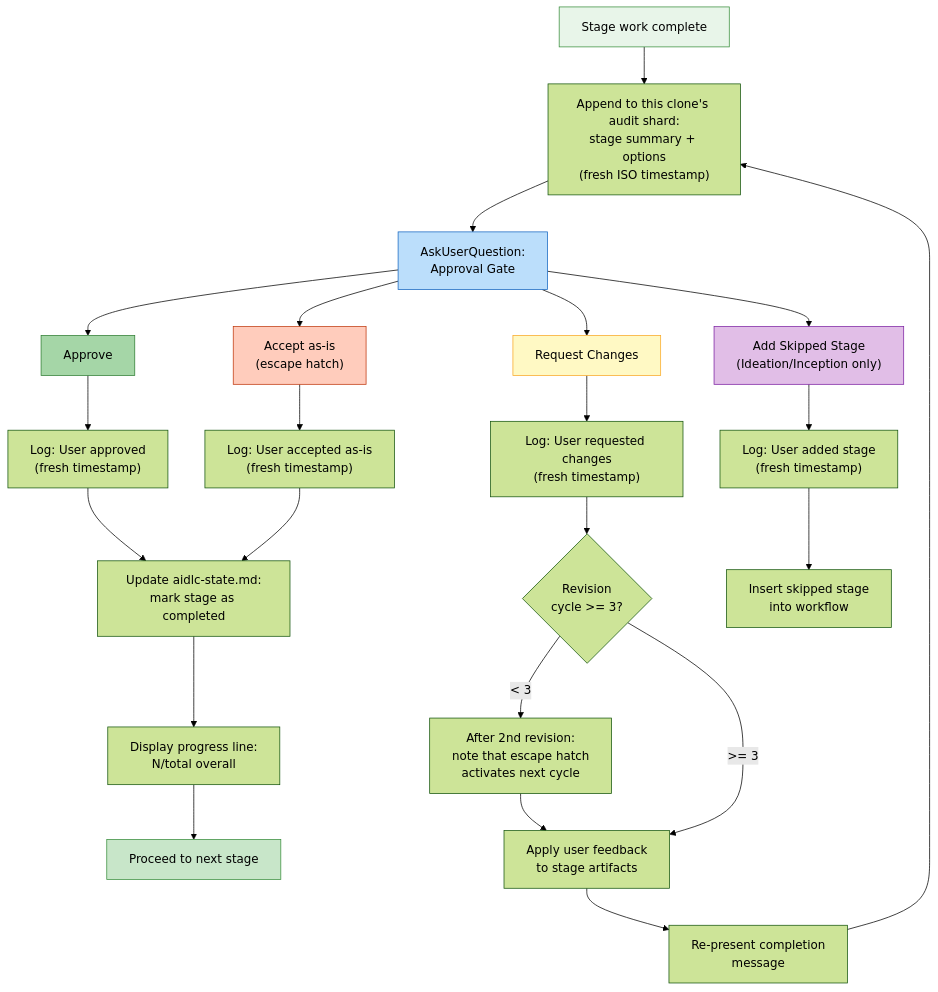
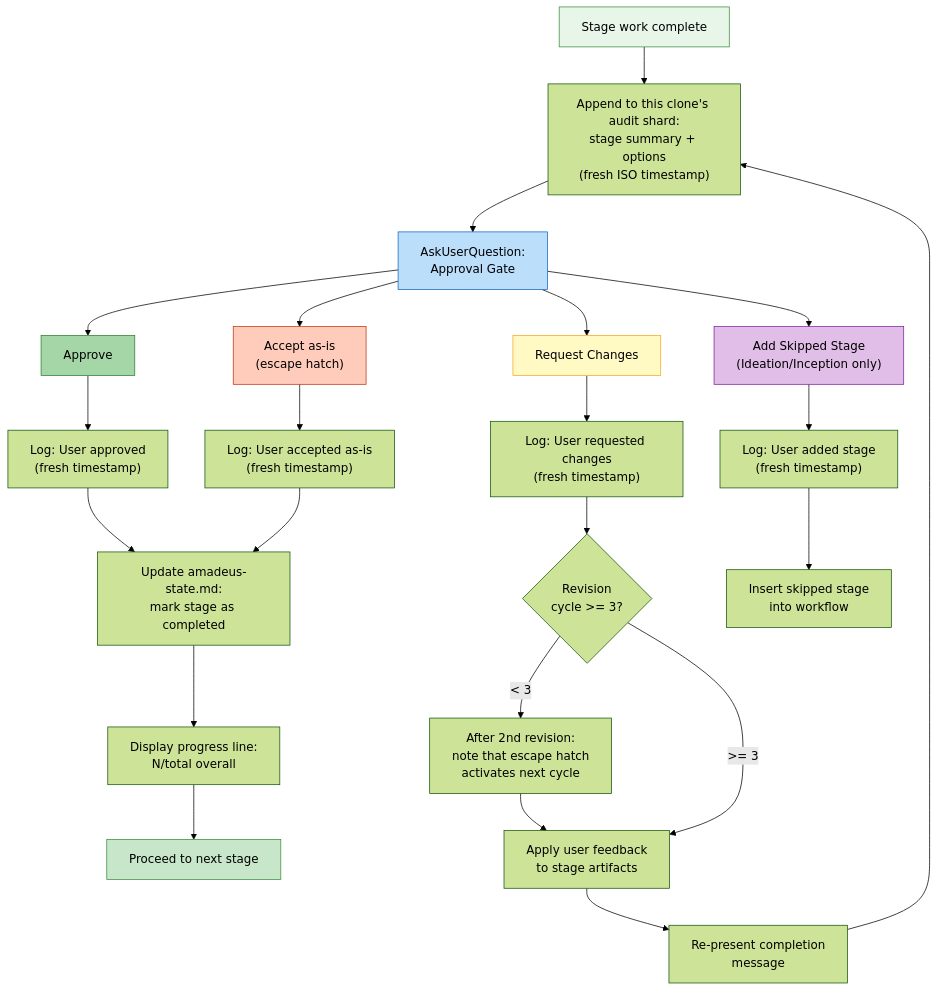
One commit to amadeus-dlc/amadeus changed the diagram in docs/guide/07-interaction-modes.md. Above: the diagram before and after it, drawn with Mermaid (forest theme). The commit also changed other lines of this file and 855 other files, not shown here.

Commit message:
refactor: rename aidlc prefixes to amadeus

````diff
--- a/docs/guide/07-interaction-modes.md
+++ b/docs/guide/07-interaction-modes.md
@@ -75,51 +75,51 @@
 ```mermaid
 flowchart TD
     COMPLETE["Stage work complete"]
     AUDIT_PRE["Append to this clone's audit shard:\nstage summary + options\n(fresh ISO timestamp)"]
     ASK["AskUserQuestion:\nApproval Gate"]
 
     APPROVE["Approve"]
     CHANGES["Request Changes"]
     ACCEPT["Accept as-is\n(escape hatch)"]
     ADD_STAGE["Add Skipped Stage\n(Ideation/Inception only)"]
 
     AUDIT_POST_A["Log: User approved\n(fresh timestamp)"]
     AUDIT_POST_C["Log: User requested changes\n(fresh timestamp)"]
     AUDIT_POST_ACC["Log: User accepted as-is\n(fresh timestamp)"]
     AUDIT_POST_ADD["Log: User added stage\n(fresh timestamp)"]
 
     REVISION_COUNT{"Revision\ncycle >= 3?"}
     NOTE_2ND["After 2nd revision:\nnote that escape hatch\nactivates next cycle"]
 
-    UPDATE_STATE["Update aidlc-state.md:\nmark stage as completed"]
+    UPDATE_STATE["Update amadeus-state.md:\nmark stage as completed"]
     PROGRESS["Display progress line:\nN/total overall"]
     NEXT_STAGE["Proceed to next stage"]
 
     REVISE["Apply user feedback\nto stage artifacts"]
     RE_PRESENT["Re-present completion\nmessage"]
 
     ADD_EXEC["Insert skipped stage\ninto workflow"]
 
     COMPLETE --> AUDIT_PRE --> ASK
     ASK --> APPROVE
     ASK --> CHANGES
     ASK --> ACCEPT
     ASK --> ADD_STAGE
 
     APPROVE --> AUDIT_POST_A --> UPDATE_STATE --> PROGRESS --> NEXT_STAGE
     ACCEPT --> AUDIT_POST_ACC --> UPDATE_STATE
 
     CHANGES --> AUDIT_POST_C --> REVISION_COUNT
     REVISION_COUNT -->|"< 3"| NOTE_2ND --> REVISE --> RE_PRESENT --> AUDIT_PRE
     REVISION_COUNT -->|">= 3"| REVISE
 
     ADD_STAGE --> AUDIT_POST_ADD --> ADD_EXEC
 
     style COMPLETE fill:#e8f5e9,stroke:#388e3c
     style ASK fill:#bbdefb,stroke:#1565c0
     style APPROVE fill:#a5d6a7,stroke:#2e7d32
     style CHANGES fill:#fff9c4,stroke:#f9a825
     style ACCEPT fill:#ffccbc,stroke:#bf360c
     style ADD_STAGE fill:#e1bee7,stroke:#7b1fa2
     style NEXT_STAGE fill:#c8e6c9,stroke:#388e3c
 ```
````
